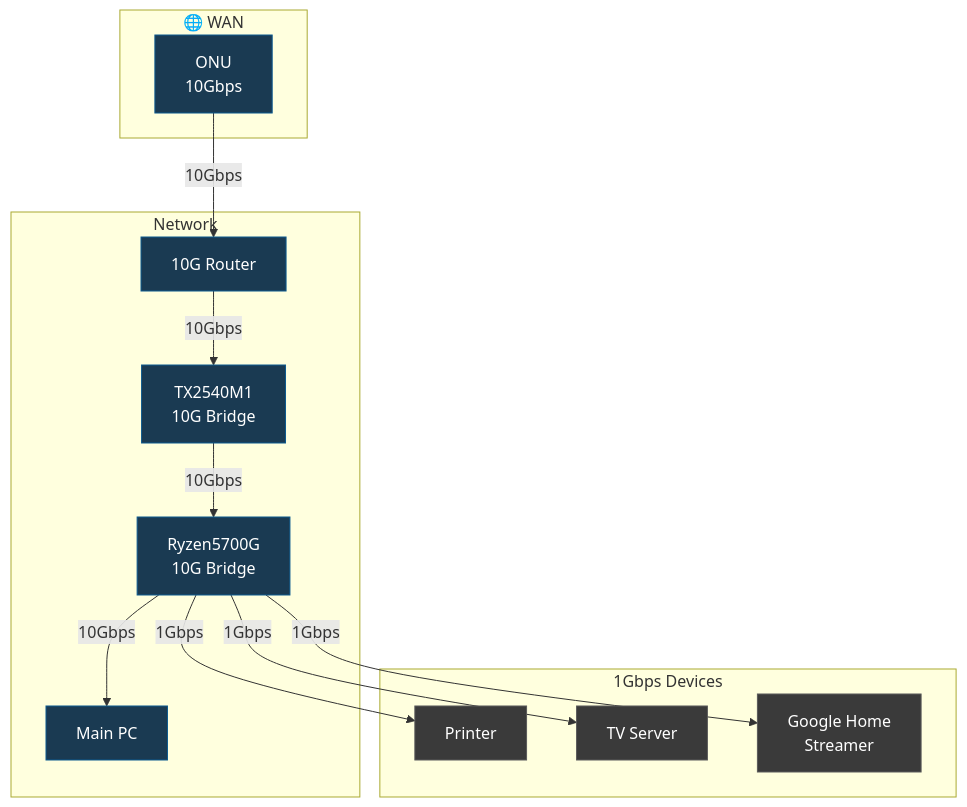
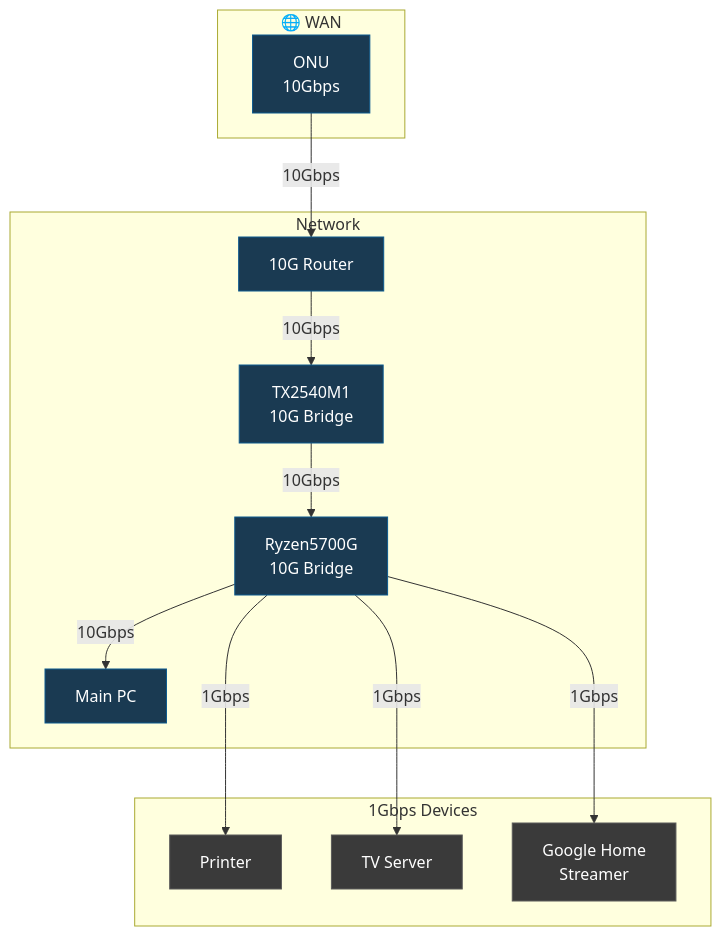
One commit to Tagomori0211/tagomori-homelab changed the diagram in README.md. Above: the diagram before and after it, drawn with Mermaid. The commit also changed 1 other file, not shown here.

Commit message:
mermaid fix

````diff
--- a/README.md
+++ b/README.md
@@ -96,34 +96,34 @@
 ```mermaid
 flowchart TB
     subgraph WAN["🌐 WAN"]
         D["ONU<br/>10Gbps"]
     end
     
     subgraph Network["Network"]
         E["10G Router"]
         A["TX2540M1<br>10G Bridge"]
         B["Ryzen5700G<br>10G Bridge"]
         C["Main PC"]
     end
     
     subgraph Peripherals["1Gbps Devices"]
         F["Printer"]
         G["TV Server"]
         H["Google Home<br/>Streamer"]
     end
     
     D -->|10Gbps| E
     E -->|10Gbps| A
     A -->|10Gbps| B
     B -->|10Gbps| C
     
-    B -->|1Gbps| F
-    B -->|1Gbps| G
-    B -->|1Gbps| H
+    B --->|1Gbps| F
+    B --->|1Gbps| G
+    B --->|1Gbps| H
     
     classDef dark_blue fill:#1a3a52,stroke:#0d5a8f,color:#fff
     classDef dark_gray fill:#3a3a3a,stroke:#5a5a5a,color:#fff
     
     class D,E,A,B,C dark_blue
     class F,G,H dark_gray
 ```
````
